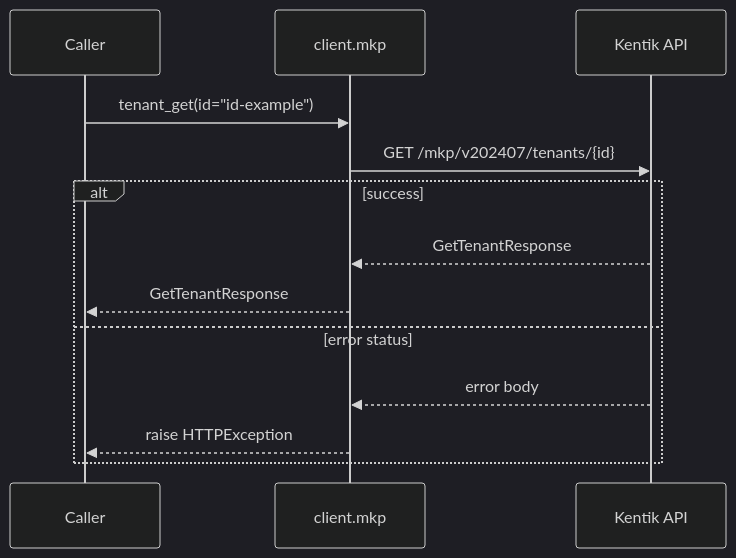
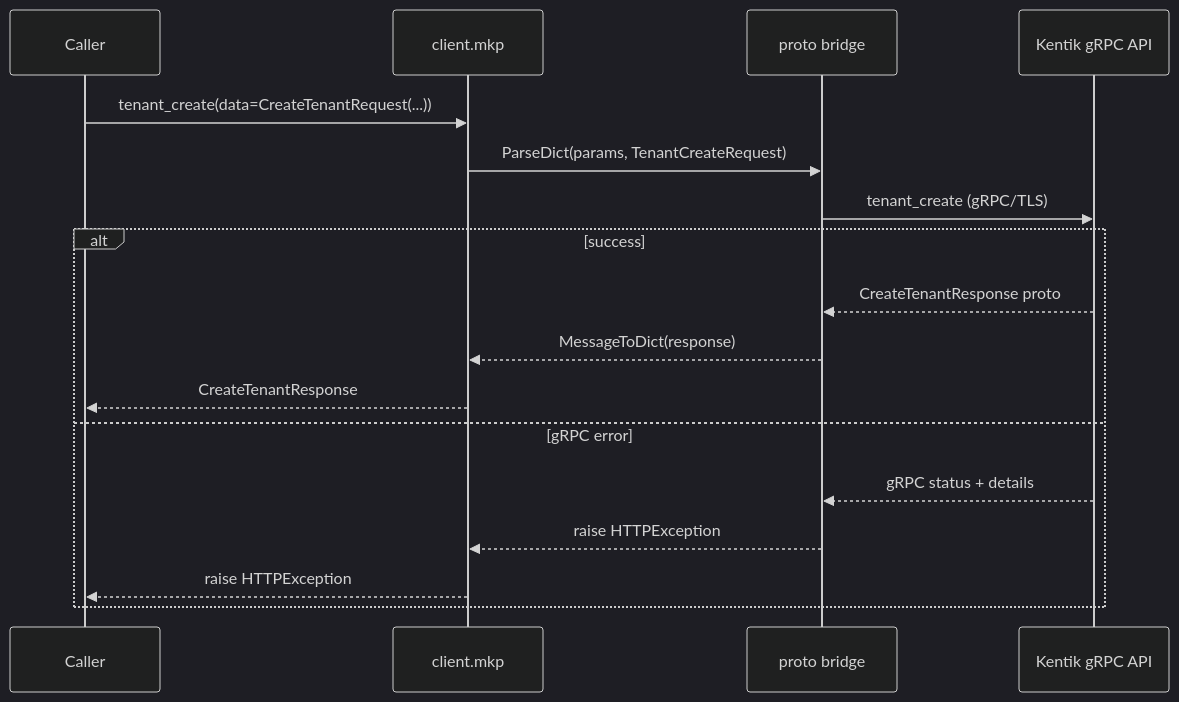
Before and after one commit to alexdearaujo/community_sdk_python: diagram 15 of 30 in docs/sphinx/services/mkp.md, drawn with Mermaid (dark theme). The commit also changed other lines of this file and 61 other files, not shown here.

````diff
--- a/docs/sphinx/services/mkp.md
+++ b/docs/sphinx/services/mkp.md
@@ -371,16 +492,20 @@
 ```mermaid
 sequenceDiagram
     participant C as Caller
     participant W as client.mkp
-    participant API as Kentik API
+    participant B as proto bridge
+    participant API as Kentik gRPC API
 
-    C->>W: tenant_get(id="id-example")
-    W->>API: GET /mkp/v202407/tenants/{id}
+    C->>W: tenant_create(data=CreateTenantRequest(...))
+    W->>B: ParseDict(params, TenantCreateRequest)
+    B->>API: tenant_create (gRPC/TLS)
     alt success
-        API-->>W: GetTenantResponse
-        W-->>C: GetTenantResponse
-    else error status
-        API-->>W: error body
+        API-->>B: CreateTenantResponse proto
+        B-->>W: MessageToDict(response)
+        W-->>C: CreateTenantResponse
+    else gRPC error
+        API-->>B: gRPC status + details
+        B-->>W: raise HTTPException
         W-->>C: raise HTTPException
     end
 ```
````
